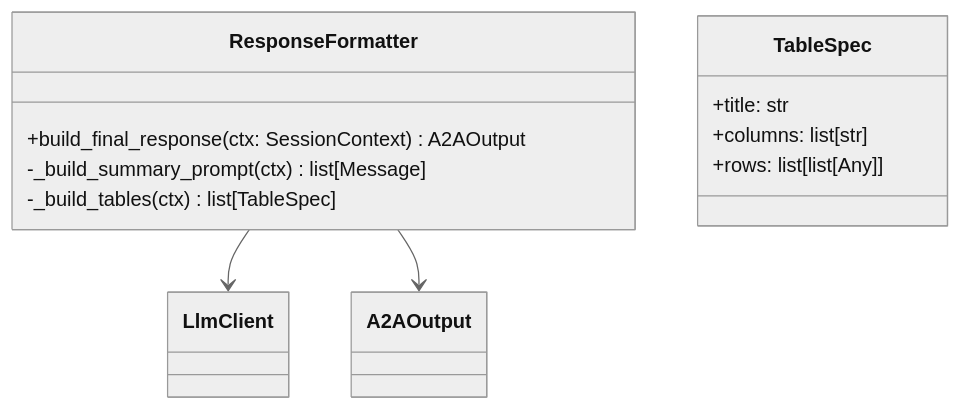
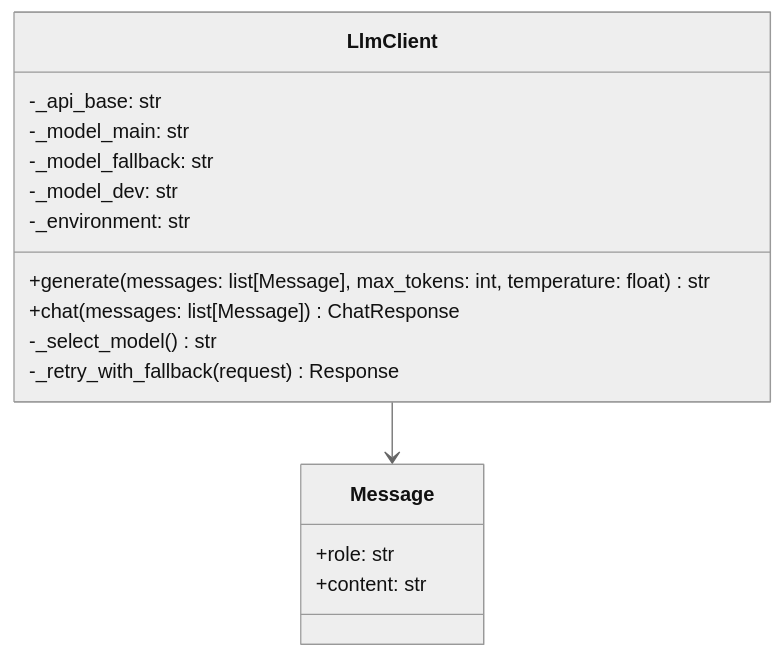
Before and after one commit to trustmycode/MOEX-Agent-MCP: the fifth of 7 diagrams in docs/c4_level_4_code_ai_agent.md, drawn with Mermaid (neutral theme). The commit also changed other lines of this file and 9 other files, not shown here.

First line of the commit message:
Refactor architecture documentation to reflect multi-agent system implementation

````diff
--- a/docs/c4_level_4_code_ai_agent.md
+++ b/docs/c4_level_4_code_ai_agent.md
@@ -249,17 +278,21 @@
 ```mermaid
 classDiagram
-    class ResponseFormatter {
-      +build_final_response(ctx: SessionContext) A2AOutput
-      -_build_summary_prompt(ctx) list[Message]
-      -_build_tables(ctx) list[TableSpec]
+    class LlmClient {
+        -_api_base: str
+        -_model_main: str
+        -_model_fallback: str
+        -_model_dev: str
+        -_environment: str
+        +generate(messages: list[Message], max_tokens: int, temperature: float) str
+        +chat(messages: list[Message]) ChatResponse
+        -_select_model() str
+        -_retry_with_fallback(request) Response
     }
 
-    class TableSpec {
-      +title: str
-      +columns: list[str]
-      +rows: list[list[Any]]
+    class Message {
+        +role: str
+        +content: str
     }
 
-    ResponseFormatter --> LlmClient
-    ResponseFormatter --> A2AOutput
+    LlmClient --> Message
 ```
````
